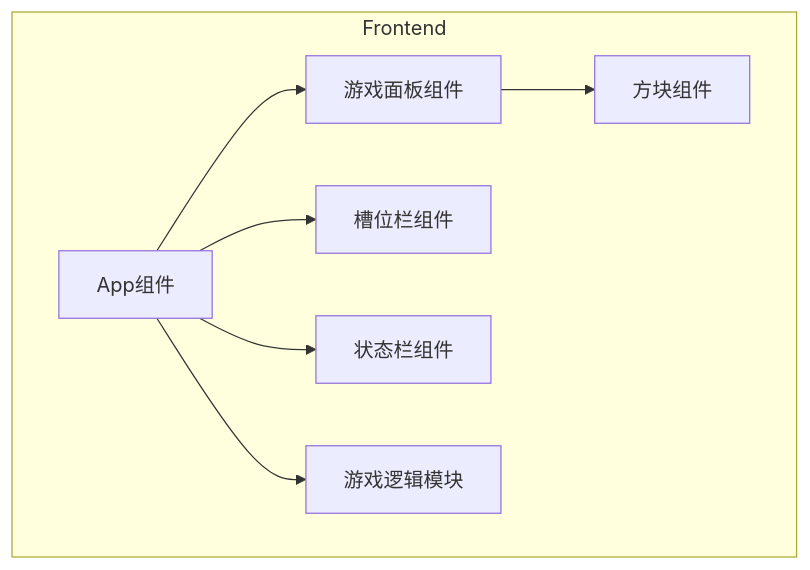
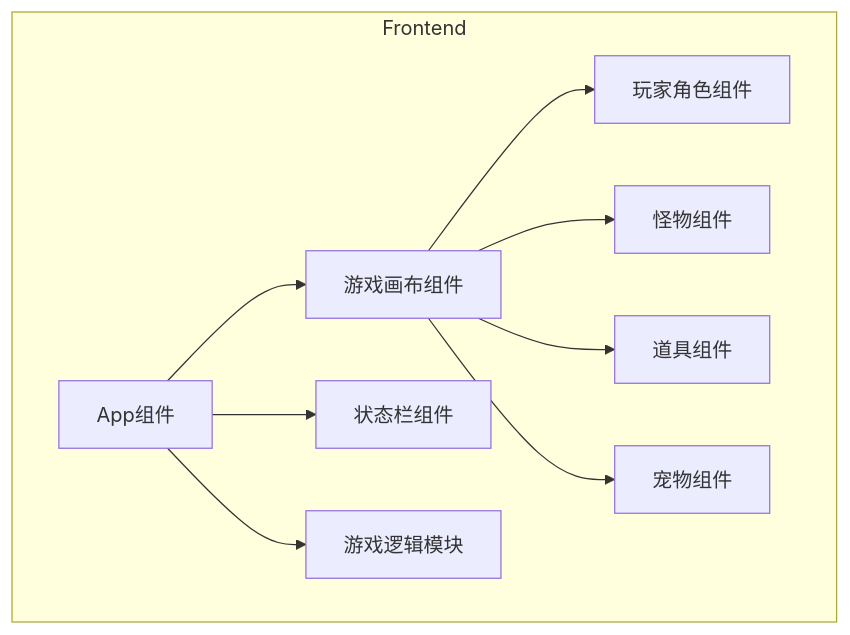
The diagram in .trae/documents/arch.md (EvilGodenDragon/littlegame), drawn with Mermaid before and after one commit. The commit also changed other lines of this file and 30 other files, not shown here.

````diff
--- a/.trae/documents/arch.md
+++ b/.trae/documents/arch.md
@@ -4,16 +4,20 @@
 ```mermaid
 graph TB
     subgraph Frontend
         App[App组件]
-        GameBoard[游戏面板组件]
-        Tile[方块组件]
-        SlotBar[槽位栏组件]
+        GameCanvas[游戏画布组件]
+        Player[玩家角色组件]
+        Monster[怪物组件]
+        Item[道具组件]
+        Pet[宠物组件]
         StatusBar[状态栏组件]
         GameLogic[游戏逻辑模块]
     end
-    App --> GameBoard
-    GameBoard --> Tile
-    App --> SlotBar
+    App --> GameCanvas
+    GameCanvas --> Player
+    GameCanvas --> Monster
+    GameCanvas --> Item
+    GameCanvas --> Pet
     App --> StatusBar
     App --> GameLogic
 ```
````
